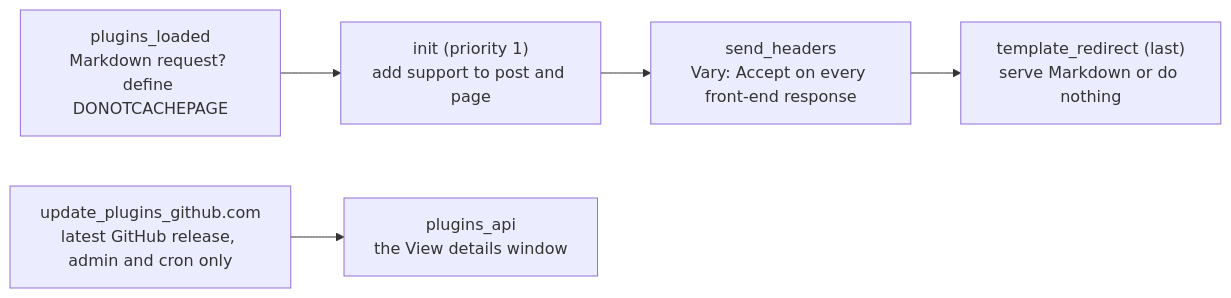
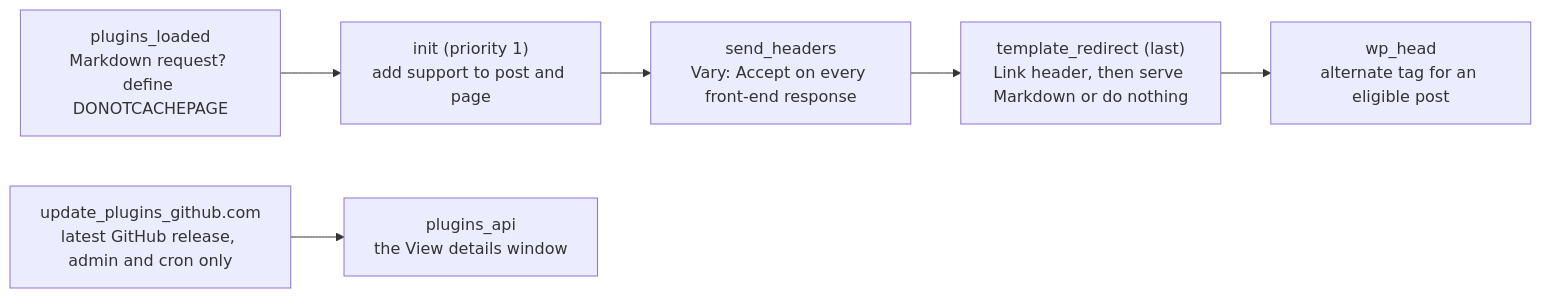
The first of 4 diagrams in README.md (teemujonkkari/accept-markdown), drawn with Mermaid before and after one commit. The commit also changed other lines of this file and 4 other files, not shown here.

First line of the commit message:
feat: advertise the Markdown alternate with a Link header and a head tag

````diff
--- a/README.md
+++ b/README.md
@@ -55,7 +55,8 @@
 ```mermaid
 flowchart LR
     A["plugins_loaded<br/>Markdown request? define DONOTCACHEPAGE"] --> B["init (priority 1)<br/>add support to post and page"]
     B --> C["send_headers<br/>Vary: Accept on every front-end response"]
-    C --> D["template_redirect (last)<br/>serve Markdown or do nothing"]
+    C --> D["template_redirect (last)<br/>Link header, then serve Markdown or do nothing"]
+    D --> W["wp_head<br/>alternate tag for an eligible post"]
     U["update_plugins_github.com<br/>latest GitHub release, admin and cron only"] --> V["plugins_api<br/>the View details window"]
 ```
````
